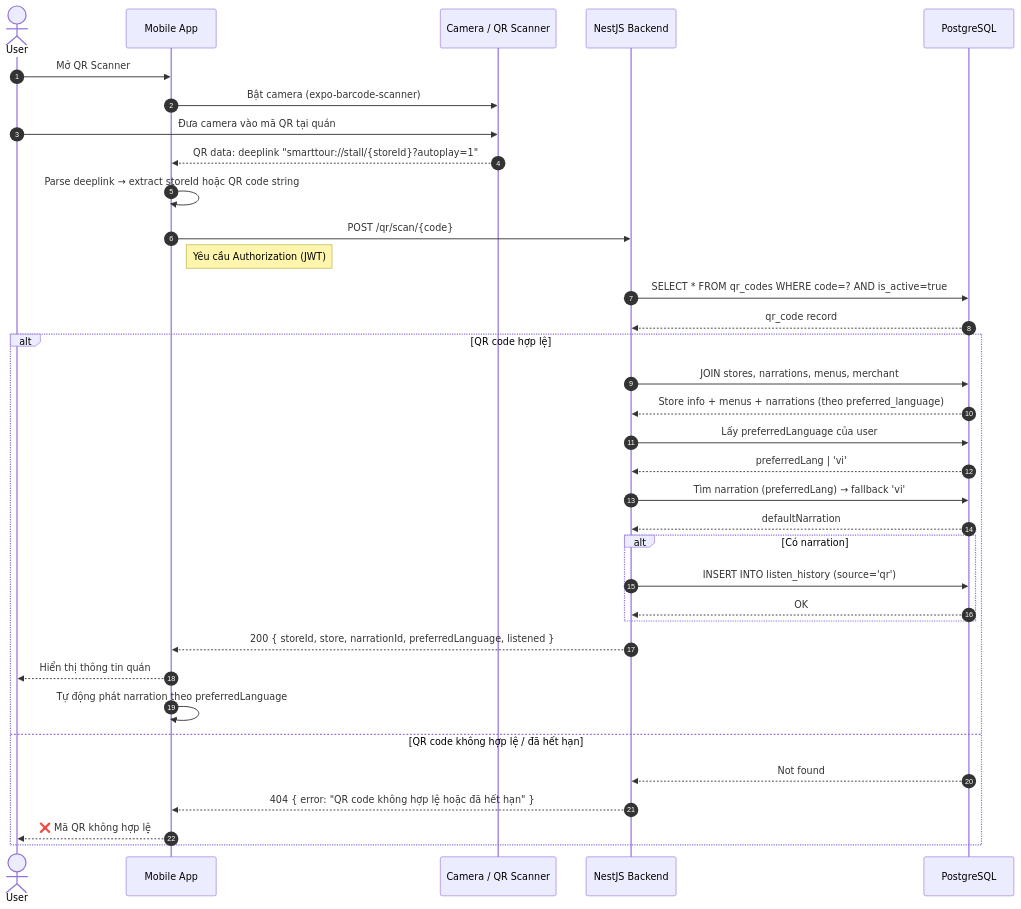
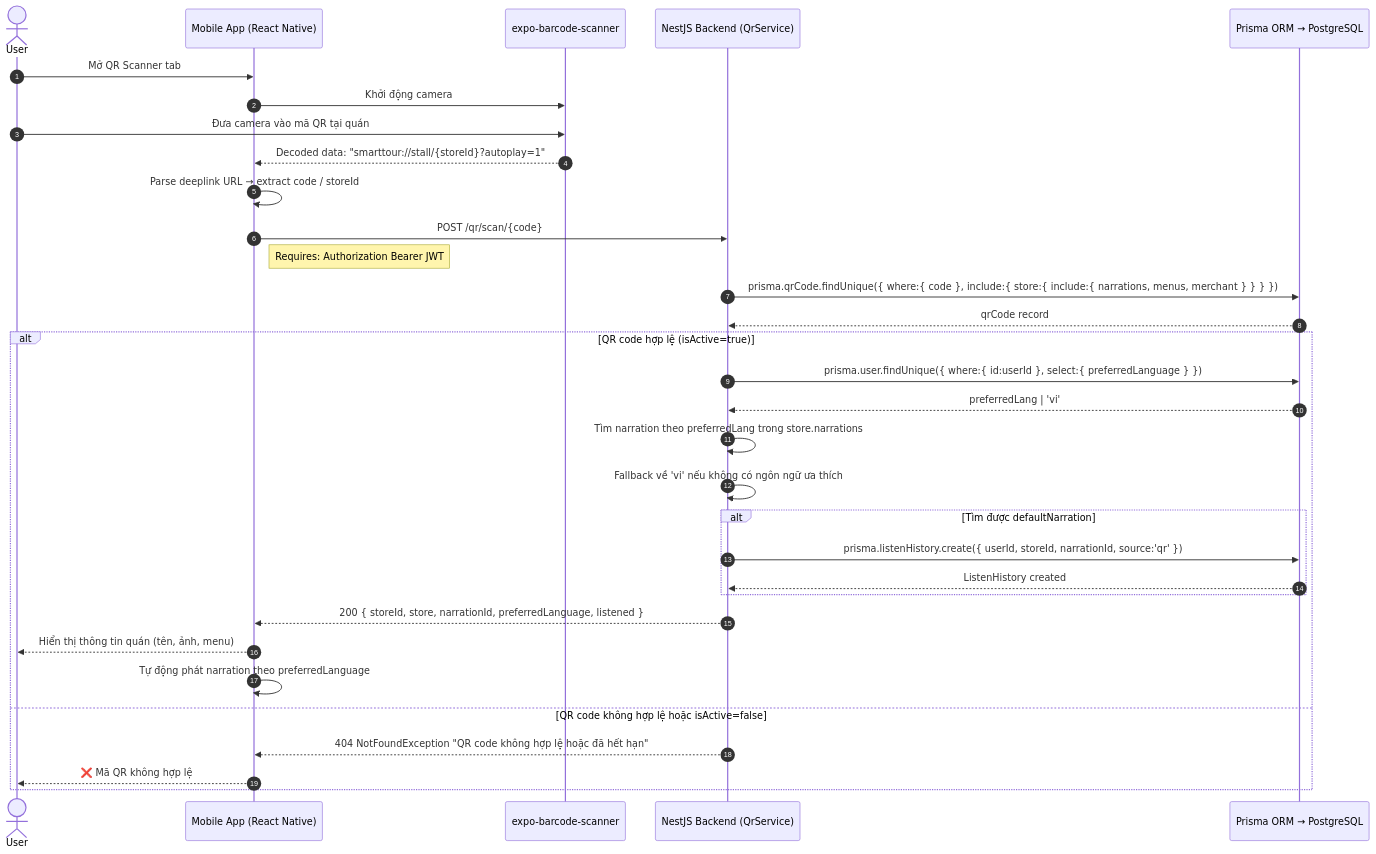
One commit to thankhanh/Seminar_sgu changed the fourth of 13 diagrams in docs/diagrams.md. Above: the diagram before and after it, drawn with Mermaid. The commit also changed other lines of this file, not shown here.

First line of the commit message:
Update diagrams.md

````diff
--- a/docs/diagrams.md
+++ b/docs/diagrams.md
@@ -204,43 +217,40 @@
 ```mermaid
 sequenceDiagram
     autonumber
     actor U as User
-    participant App as Mobile App
-    participant Cam as Camera / QR Scanner
-    participant API as NestJS Backend
-    participant DB as PostgreSQL
+    participant App as Mobile App (React Native)
+    participant Cam as expo-barcode-scanner
+    participant API as NestJS Backend (QrService)
+    participant DB as Prisma ORM → PostgreSQL
 
-    U->>App: Mở QR Scanner
-    App->>Cam: Bật camera (expo-barcode-scanner)
+    U->>App: Mở QR Scanner tab
+    App->>Cam: Khởi động camera
     U->>Cam: Đưa camera vào mã QR tại quán
-    Cam-->>App: QR data: deeplink "smarttour://stall/{storeId}?autoplay=1"
+    Cam-->>App: Decoded data: "smarttour://stall/{storeId}?autoplay=1"
 
-    App->>App: Parse deeplink → extract storeId hoặc QR code string
+    App->>App: Parse deeplink URL → extract code / storeId
     App->>API: POST /qr/scan/{code}
-    Note right of App: Yêu cầu Authorization (JWT)
-    API->>DB: SELECT * FROM qr_codes WHERE code=? AND is_active=true
-    DB-->>API: qr_code record
+    Note right of App: Requires: Authorization Bearer JWT
 
-    alt QR code hợp lệ
-        API->>DB: JOIN stores, narrations, menus, merchant
-        DB-->>API: Store info + menus + narrations (theo preferred_language)
-        API->>DB: Lấy preferredLanguage của user
+    API->>DB: prisma.qrCode.findUnique({ where:{ code }, include:{ store:{ include:{ narrations, menus, merchant } } } })
+    DB-->>API: qrCode record
+
+    alt QR code hợp lệ (isActive=true)
+        API->>DB: prisma.user.findUnique({ where:{ id:userId }, select:{ preferredLanguage } })
         DB-->>API: preferredLang | 'vi'
+        API->>API: Tìm narration theo preferredLang trong store.narrations
+        API->>API: Fallback về 'vi' nếu không có ngôn ngữ ưa thích
 
-        API->>DB: Tìm narration (preferredLang) → fallback 'vi'
-        DB-->>API: defaultNarration
-
-        alt Có narration
-            API->>DB: INSERT INTO listen_history (source='qr')
-            DB-->>API: OK
+        alt Tìm được defaultNarration
+            API->>DB: prisma.listenHistory.create({ userId, storeId, narrationId, source:'qr' })
+            DB-->>API: ListenHistory created
         end
 
         API-->>App: 200 { storeId, store, narrationId, preferredLanguage, listened }
-        App-->>U: Hiển thị thông tin quán
+        App-->>U: Hiển thị thông tin quán (tên, ảnh, menu)
         App->>App: Tự động phát narration theo preferredLanguage
-    else QR code không hợp lệ / đã hết hạn
-        DB-->>API: Not found
-        API-->>App: 404 { error: "QR code không hợp lệ hoặc đã hết hạn" }
+    else QR code không hợp lệ hoặc isActive=false
+        API-->>App: 404 NotFoundException "QR code không hợp lệ hoặc đã hết hạn"
         App-->>U: ❌ Mã QR không hợp lệ
     end
 ```
````
